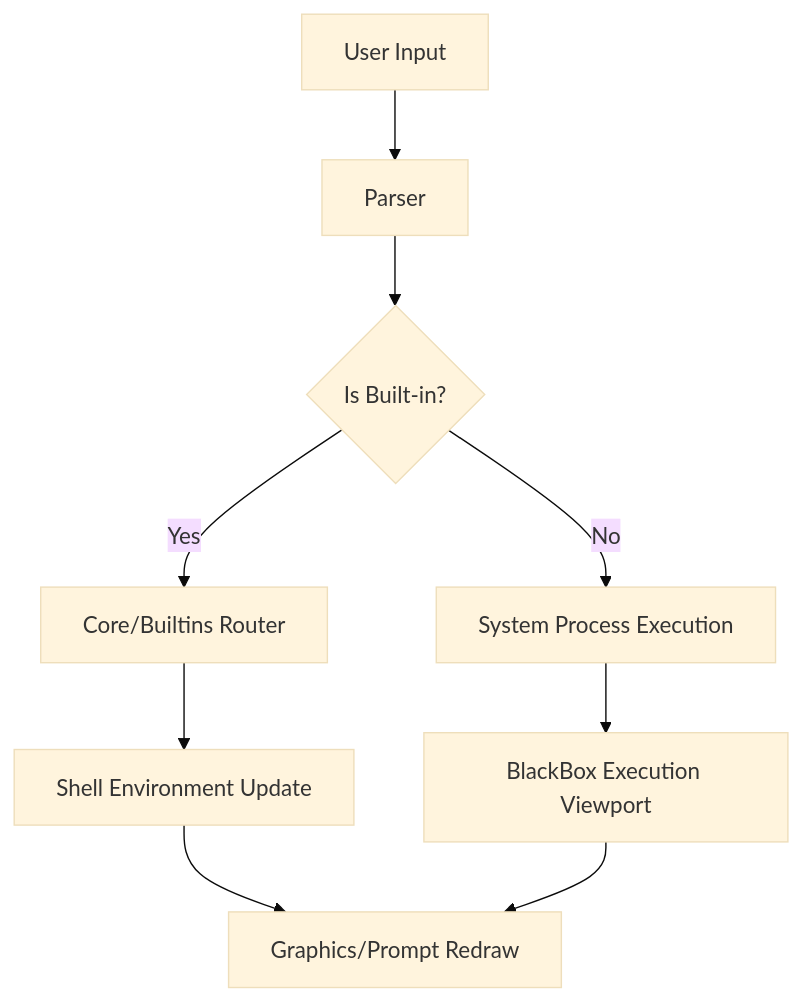
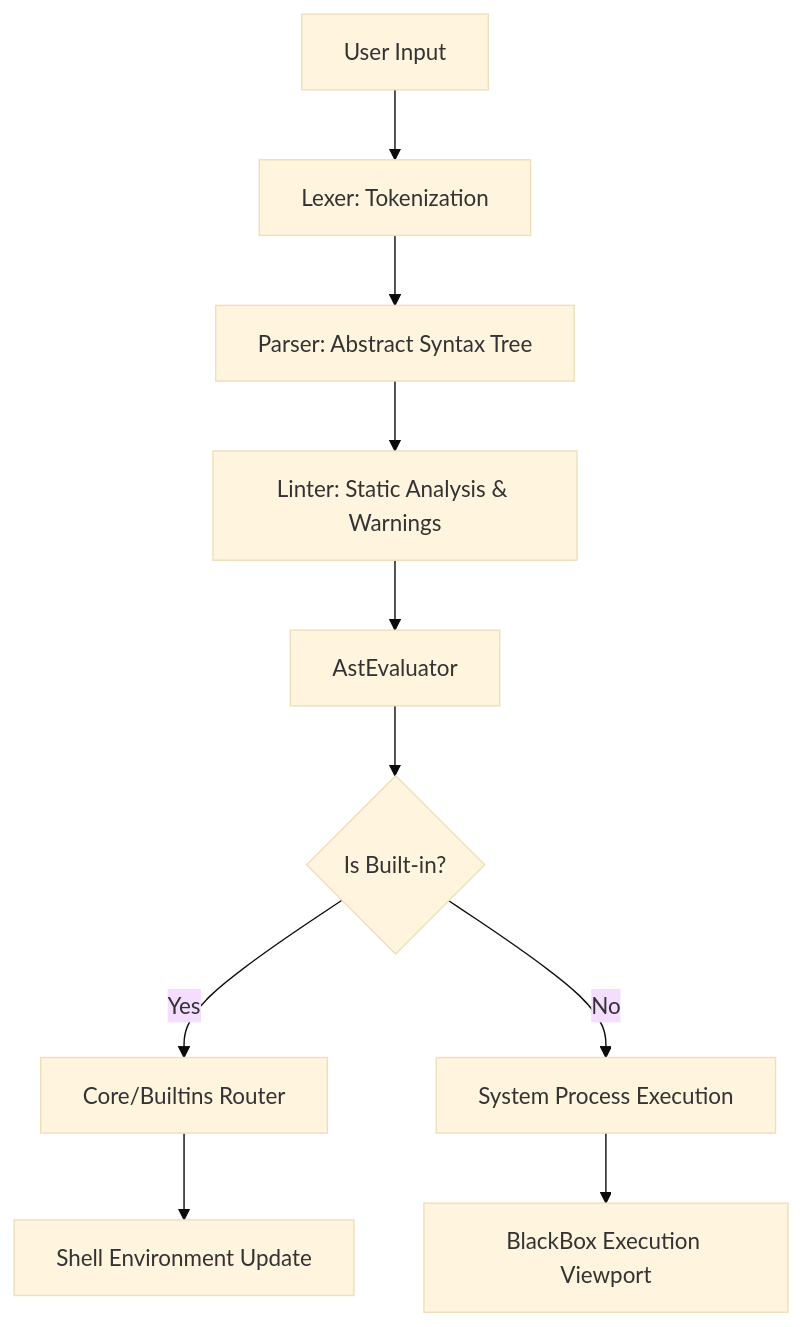
Before and after one commit to patrickcortez/AurSh: the diagram in docs/Internals.md, drawn with Mermaid (base theme). The commit also changed other lines of this file and 2 other files, not shown here.

````diff
--- a/docs/Internals.md
+++ b/docs/Internals.md
@@ -14,11 +14,12 @@
 ```mermaid
 graph TD;
-    A[User Input] --> B[Parser];
-    B --> C{Is Built-in?};
-    C -- Yes --> D[Core/Builtins Router];
-    C -- No --> E[System Process Execution];
-    D --> F[Shell Environment Update];
-    E --> G[BlackBox Execution Viewport];
-    F --> H[Graphics/Prompt Redraw];
-    G --> H;
+    A[User Input] --> B[Lexer];
+    B[Lexer: Tokenization] --> C[AST Parser];
+    C[Parser: Abstract Syntax Tree] --> D[AstLinter];
+    D[Linter: Static Analysis & Warnings] --> E[AstEvaluator];
+    E --> F{Is Built-in?};
+    F -- Yes --> G[Core/Builtins Router];
+    F -- No --> H[System Process Execution];
+    G --> I[Shell Environment Update];
+    H --> J[BlackBox Execution Viewport];
 ```
````
